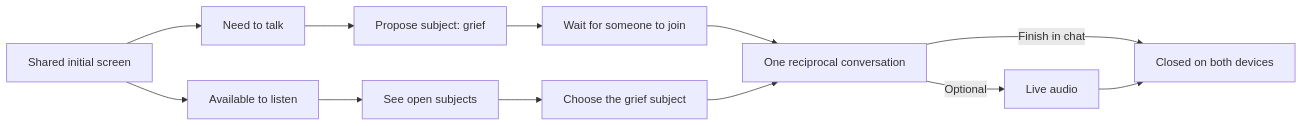
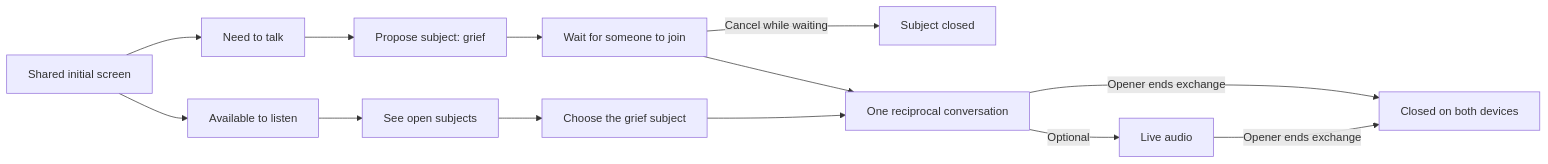
The diagram in docs/context/experience-context/subject-entry-flow.md (StephenGodard/between-us), drawn with Mermaid before and after one commit. The commit also changed other lines of this file and 20 other files, not shown here.

````diff
--- a/docs/context/experience-context/subject-entry-flow.md
+++ b/docs/context/experience-context/subject-entry-flow.md
@@ -33,14 +33,15 @@
 ```mermaid
 flowchart LR
     H[Shared initial screen] --> T[Need to talk]
     H --> L[Available to listen]
     T --> S[Propose subject: grief]
     S --> W[Wait for someone to join]
     L --> O[See open subjects]
     O --> J[Choose the grief subject]
+    W -->|Cancel while waiting| X[Subject closed]
     W --> C[One reciprocal conversation]
     J --> C
     C -->|Optional| A[Live audio]
-    C -->|Finish in chat| E[Closed on both devices]
-    A --> E[Closed on both devices]
+    C -->|Opener ends exchange| E[Closed on both devices]
+    A -->|Opener ends exchange| E
 ```
````
